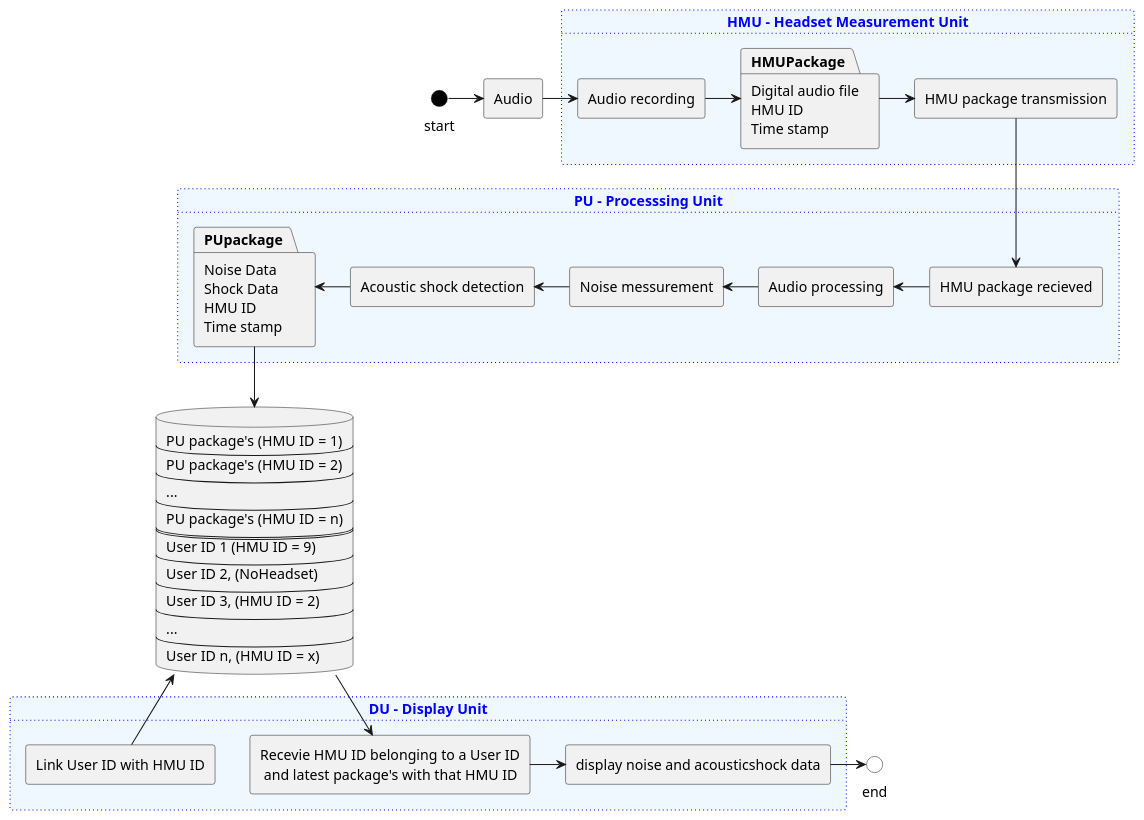
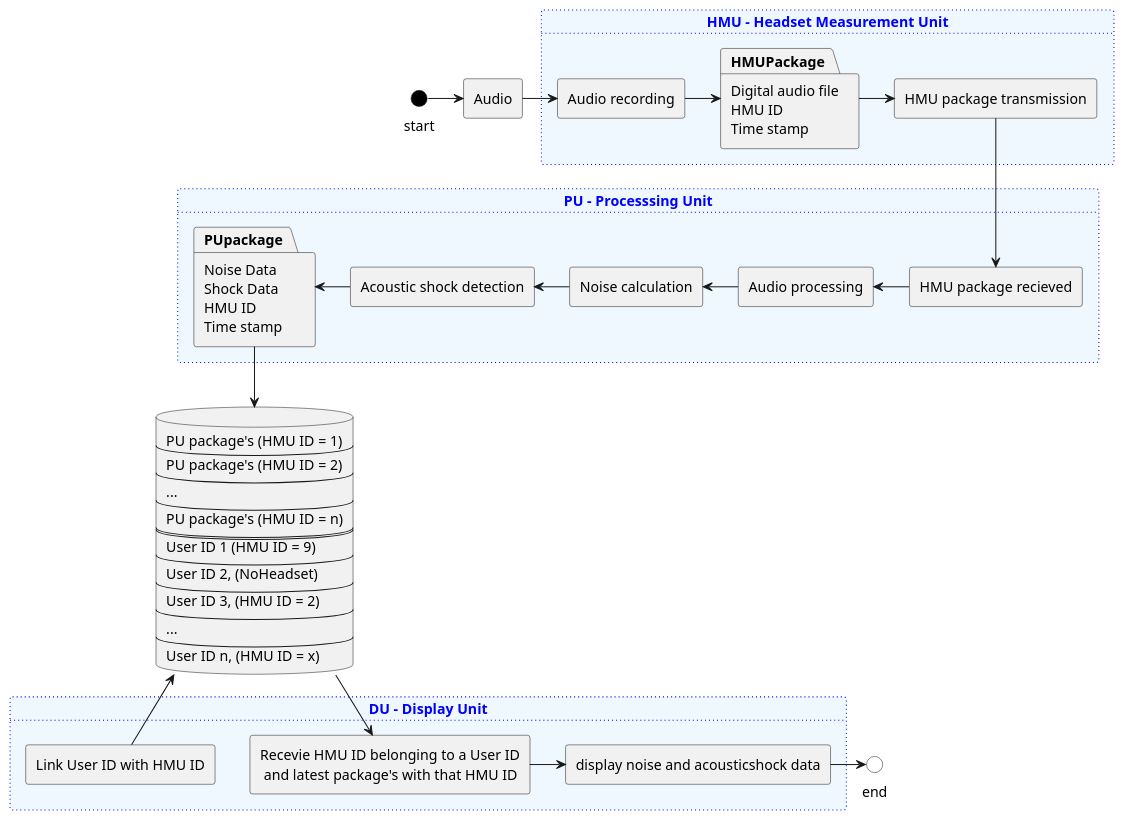
The diagram in System/DataFlowChart/DataFlowChart.puml (VilliamBo/Bachelor), drawn with PlantUML before and after one commit.

Commit message:
minor change

```diff
--- a/System/DataFlowChart/DataFlowChart.puml
+++ b/System/DataFlowChart/DataFlowChart.puml
@@ -2,67 +2,67 @@
 @startuml dataFlowChart
 
    
       
     interface start #Black
     agent au as "Audio"
 
     card HMU as "HMU - Headset Measurement Unit" #aliceblue;line:blue;line.dotted;text:blue {
         agent recau as "Audio recording"
         package HMUPackage as "Digital audio file\nHMU ID\nTime stamp" 
         agent hmupacktrans as "HMU package transmission"
     }
 
     card PU as "PU - Processsing Unit" #aliceblue;line:blue;line.dotted;text:blue {
         agent hmupackrece as "HMU package recieved"
         agent auproc as "Audio processing" 
-        agent noisemes as "Noise messurement"
+        agent noisemes as "Noise calculation"
         agent acshokdet as "Acoustic shock detection"
         package PUpackage as "Noise Data\nShock Data\nHMU ID\nTime stamp"
     }
 
     database DB as "
         PU package's (HMU ID = 1)
         ----
         PU package's (HMU ID = 2)
         ----
         ...
         ----
         PU package's (HMU ID = n)
         ====
         User ID 1 (HMU ID = 9)
         ----
         User ID 2, (NoHeadset)
         ----
         User ID 3, (HMU ID = 2)
         ---
         ...
         ---
         User ID n, (HMU ID = x)
         " 
     card DU as "DU - Display Unit" #aliceblue;line:blue;line.dotted;text:blue {
         agent recPUpack as "Recevie HMU ID belonging to a User ID\n and latest package's with that HMU ID"
         agent displayData as "display noise and acousticshock data"
             agent enableUser as "Link User ID with HMU ID"
 
     }
     interface end #white
 
     start -> au
     au -> recau
     recau -> HMUPackage
     HMUPackage -> hmupacktrans
     hmupacktrans --> hmupackrece
     auproc <- hmupackrece
     noisemes <- auproc
     acshokdet <- noisemes  
     PUpackage <- acshokdet
     PUpackage --> DB 
     DB -> recPUpack
     DB <-- enableUser
     recPUpack -> displayData
     displayData -> end
 
 
 
     
 @enduml
```
